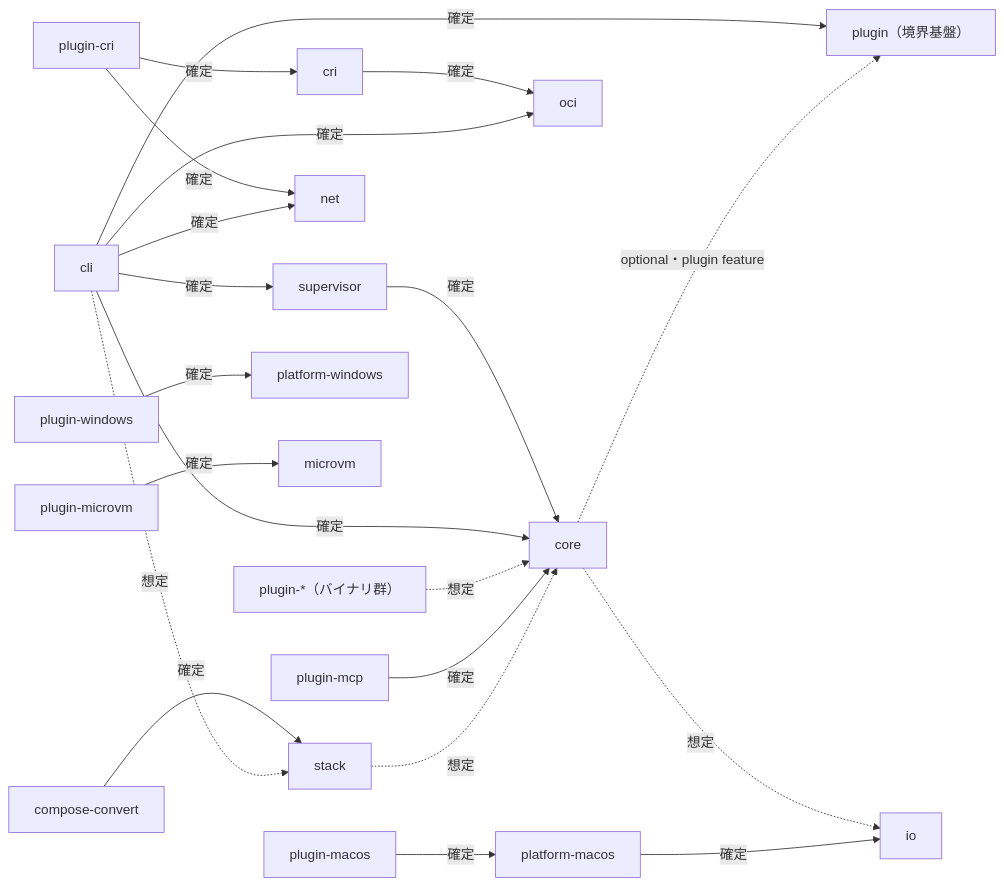
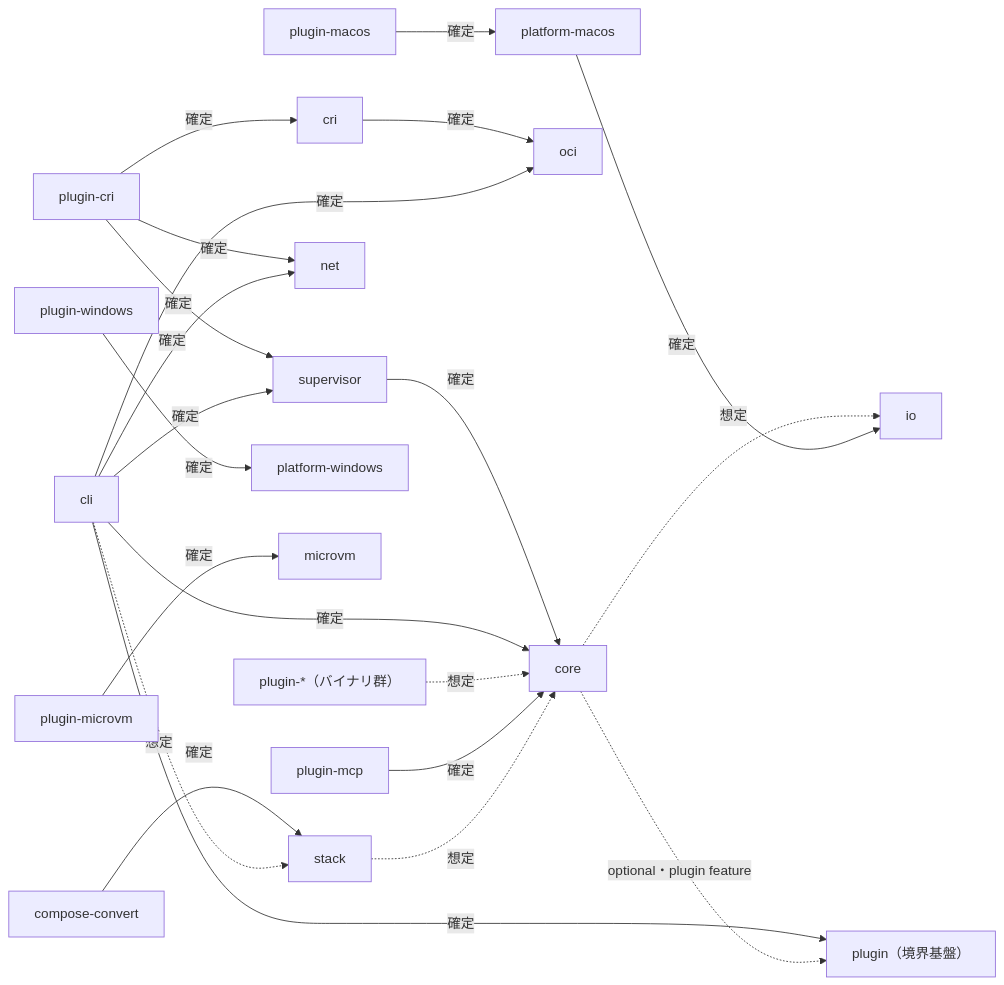
One commit to Fandhe-AI/fandhe-container changed the second of 2 diagrams in docs/architecture.md. Above: the diagram before and after it, drawn with Mermaid. The commit also changed other lines of this file and 10 other files, not shown here.

First line of the commit message:
feat(cri): plugin-cri の start・kill・stop と cgroup remover を本番経路へ結線する (CRI-2・SUP-9)

````diff
--- a/docs/architecture.md
+++ b/docs/architecture.md
@@ -139,24 +139,25 @@
 ```mermaid
 flowchart LR
     compose_convert["compose-convert"] -->|確定| stack
     supervisor -->|確定| core
     plugin_cri["plugin-cri"] -->|確定| cri
     plugin_cri -->|確定| net
+    plugin_cri -->|確定| supervisor
     cri -->|確定| oci
     plugin_macos["plugin-macos"] -->|確定| platform_macos["platform-macos"]
     plugin_windows["plugin-windows"] -->|確定| platform_windows["platform-windows"]
     plugin_microvm["plugin-microvm"] -->|確定| microvm
 
     core -.->|想定| io
     cli -->|確定| core
     cli -->|確定| oci
     cli -.->|想定| stack
     cli -->|確定| net
     cli -->|確定| supervisor
     cli -->|確定| plugin
     platform_macos -->|確定| io
     plugin_star["plugin-*（バイナリ群）"] -.->|想定| core
     plugin_mcp["plugin-mcp"] -->|確定| core
     core -.->|optional・plugin feature| plugin["plugin（境界基盤）"]
     stack -.->|想定| core
 ```
````
